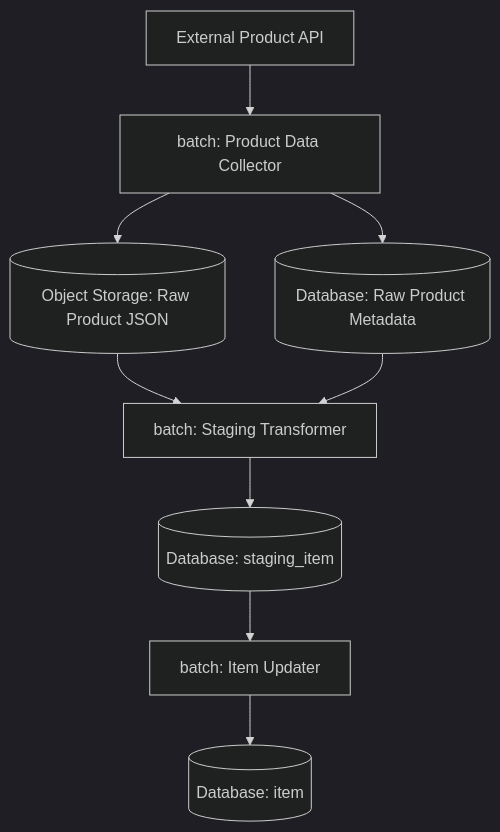
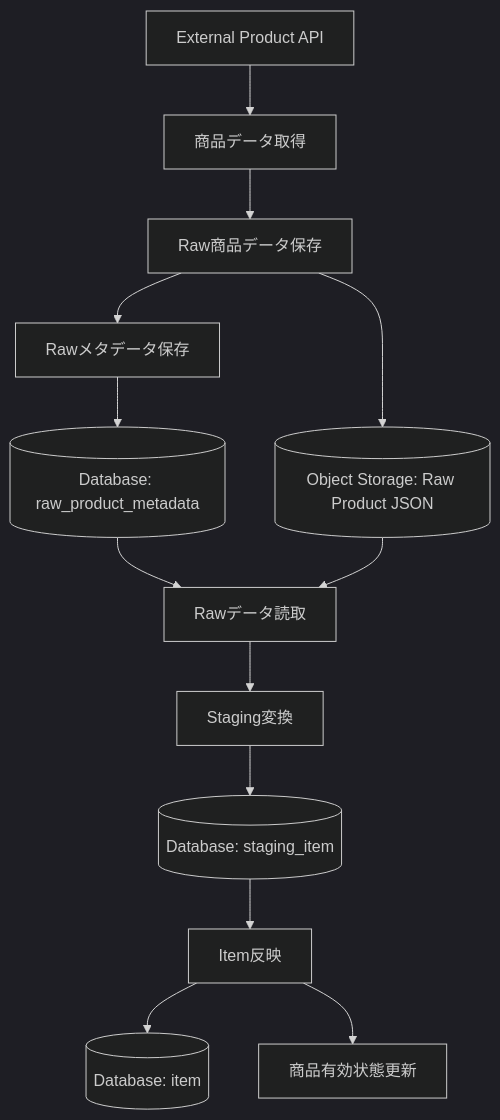
The second of 3 diagrams in docs/05_アプリケーション設計/アプリ/機能一覧.md (ryo-chan-k6/GiftRecommendAPP_MVP_CYCLE_3), drawn with Mermaid (dark theme) before and after one commit. The commit also changed other lines of this file, not shown here.

````diff
--- a/docs/05_アプリケーション設計/アプリ/機能一覧.md
+++ b/docs/05_アプリケーション設計/アプリ/機能一覧.md
@@ -530,11 +651,15 @@
 ```mermaid
 flowchart TD
-    A[External Product API] --> B[batch: Product Data Collector]
-    B --> C[(Object Storage: Raw Product JSON)]
-    B --> D[(Database: Raw Product Metadata)]
-    C --> E[batch: Staging Transformer]
-    D --> E
-    E --> F[(Database: staging_item)]
-    F --> G[batch: Item Updater]
-    G --> H[(Database: item)]
+    A[External Product API] --> B[商品データ取得]
+    B --> C[Raw商品データ保存]
+    C --> D[(Object Storage: Raw Product JSON)]
+    C --> E[Rawメタデータ保存]
+    E --> F[(Database: raw_product_metadata)]
+    F --> G[Rawデータ読取]
+    D --> G
+    G --> H[Staging変換]
+    H --> I[(Database: staging_item)]
+    I --> J[Item反映]
+    J --> K[(Database: item)]
+    J --> L[商品有効状態更新]
 ```
````
